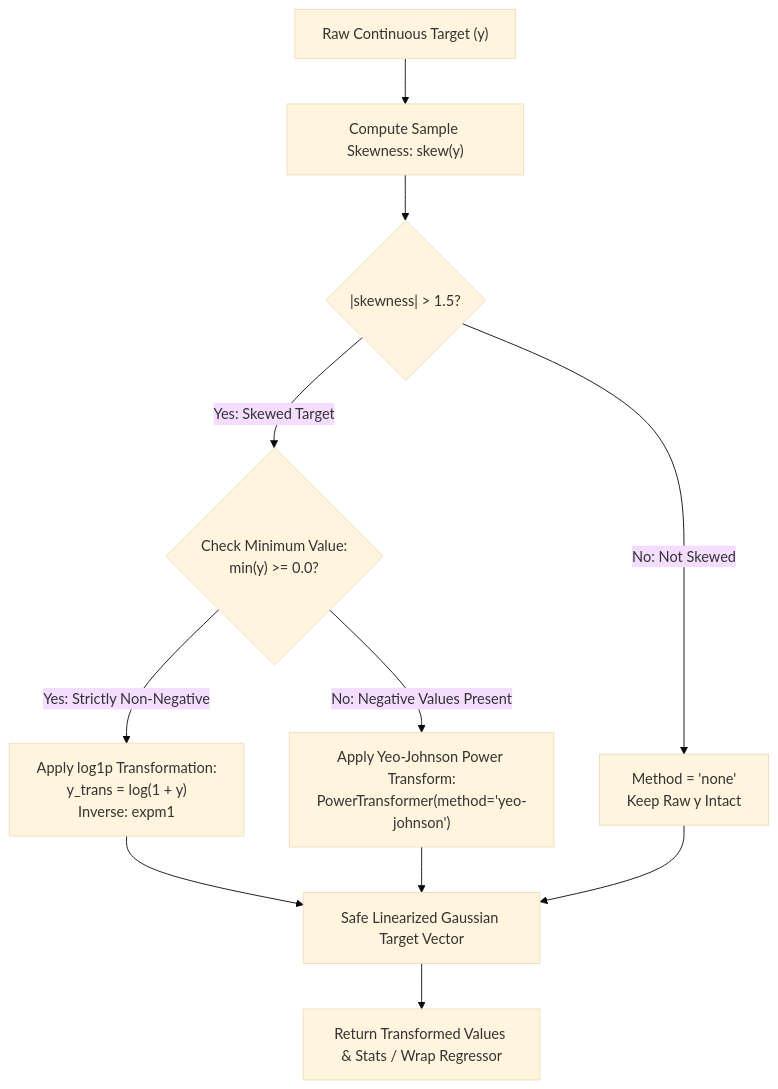
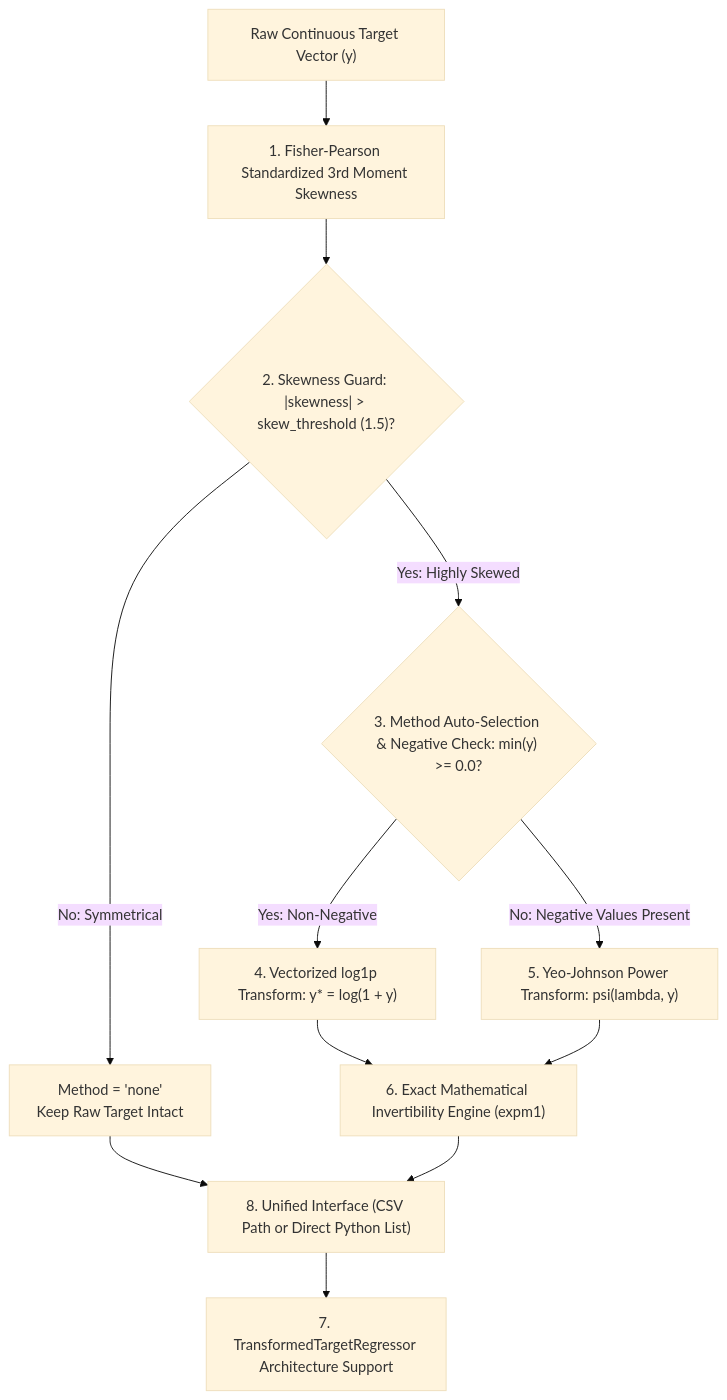
The second of 2 diagrams in docs/phases/phase-02-feature-engineering/ml_transform_target.md (sadik004/ml-mcp), drawn with Mermaid (base theme) before and after one commit. The commit also changed other lines of this file and 2 other files, not shown here.

Commit message:
docs: standardize ml_check_collinearity, ml_transform_target, and ml_detect_label_errors to unified 6-section masterclass format

````diff
--- a/docs/phases/phase-02-feature-engineering/ml_transform_target.md
+++ b/docs/phases/phase-02-feature-engineering/ml_transform_target.md
@@ -83,13 +79,14 @@
 ```mermaid
 flowchart TD
-    A["Raw Continuous Target (y)"] --> B["Compute Sample Skewness: skew(y)"]
-    B --> C{"|skewness| > 1.5?"}
-    C -->|No: Not Skewed| D["Method = 'none'<br/>Keep Raw y Intact"]
-    C -->|Yes: Skewed Target| E{"Check Minimum Value:<br/>min(y) >= 0.0?"}
-    E -->|Yes: Strictly Non-Negative| F["Apply log1p Transformation:<br/>y_trans = log(1 + y)<br/>Inverse: expm1"]
-    E -->|No: Negative Values Present| G["Apply Yeo-Johnson Power Transform:<br/>PowerTransformer(method='yeo-johnson')"]
-    F --> H["Safe Linearized Gaussian Target Vector"]
+    A["Raw Continuous Target Vector (y)"] --> B["1. Fisher-Pearson Standardized 3rd Moment Skewness"]
+    B --> C{"2. Skewness Guard: |skewness| > skew_threshold (1.5)?"}
+    C -->|No: Symmetrical| D["Method = 'none'<br/>Keep Raw Target Intact"]
+    C -->|Yes: Highly Skewed| E{"3. Method Auto-Selection & Negative Check: min(y) >= 0.0?"}
+    E -->|Yes: Non-Negative| F["4. Vectorized log1p Transform: y* = log(1 + y)"]
+    E -->|No: Negative Values Present| G["5. Yeo-Johnson Power Transform: psi(lambda, y)"]
+    F --> H["6. Exact Mathematical Invertibility Engine (expm1)"]
     G --> H
-    D --> H
-    H --> I["Return Transformed Values & Stats / Wrap Regressor"]
+    D --> I["8. Unified Interface (CSV Path or Direct Python List)"]
+    H --> I
+    I --> J["7. TransformedTargetRegressor Architecture Support"]
 ```
````
